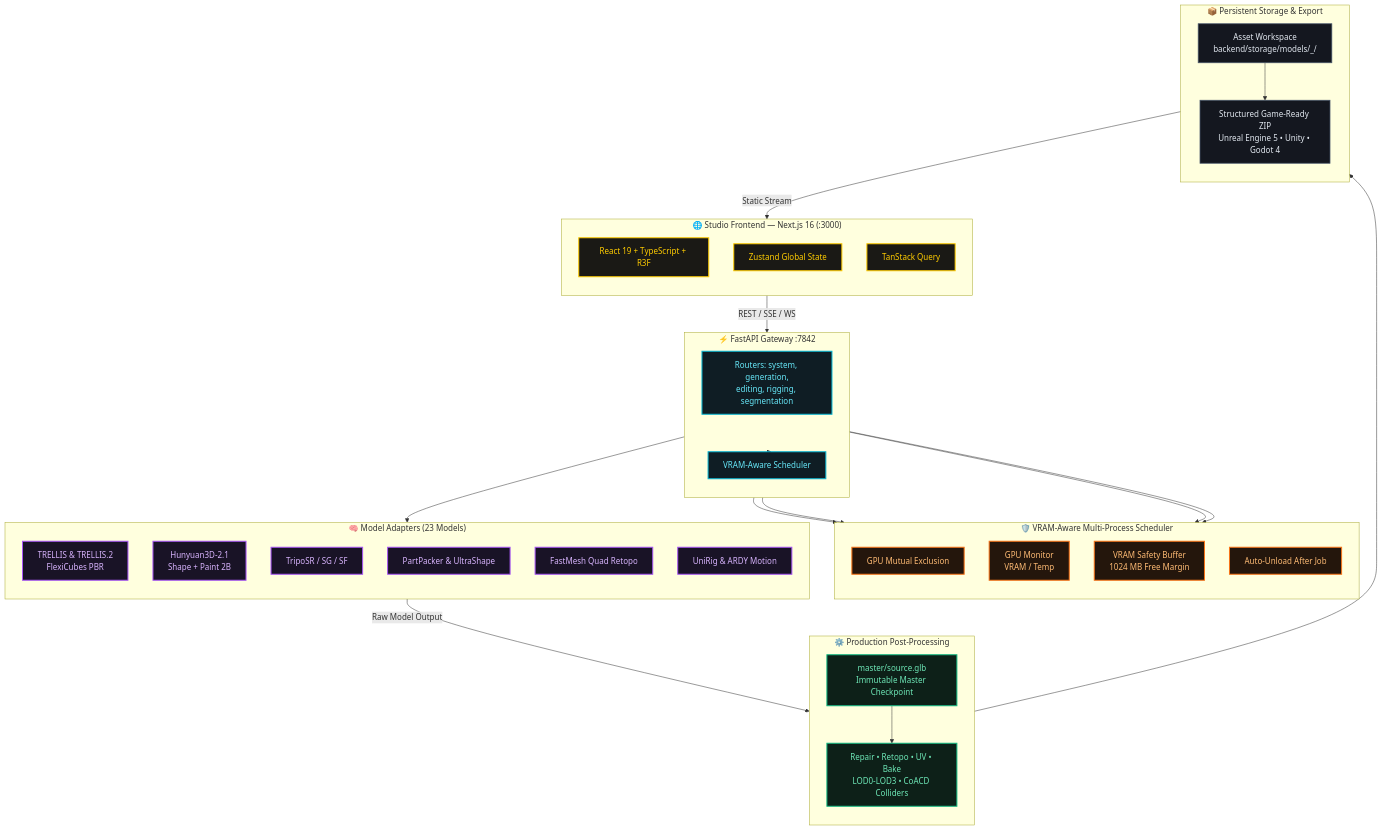
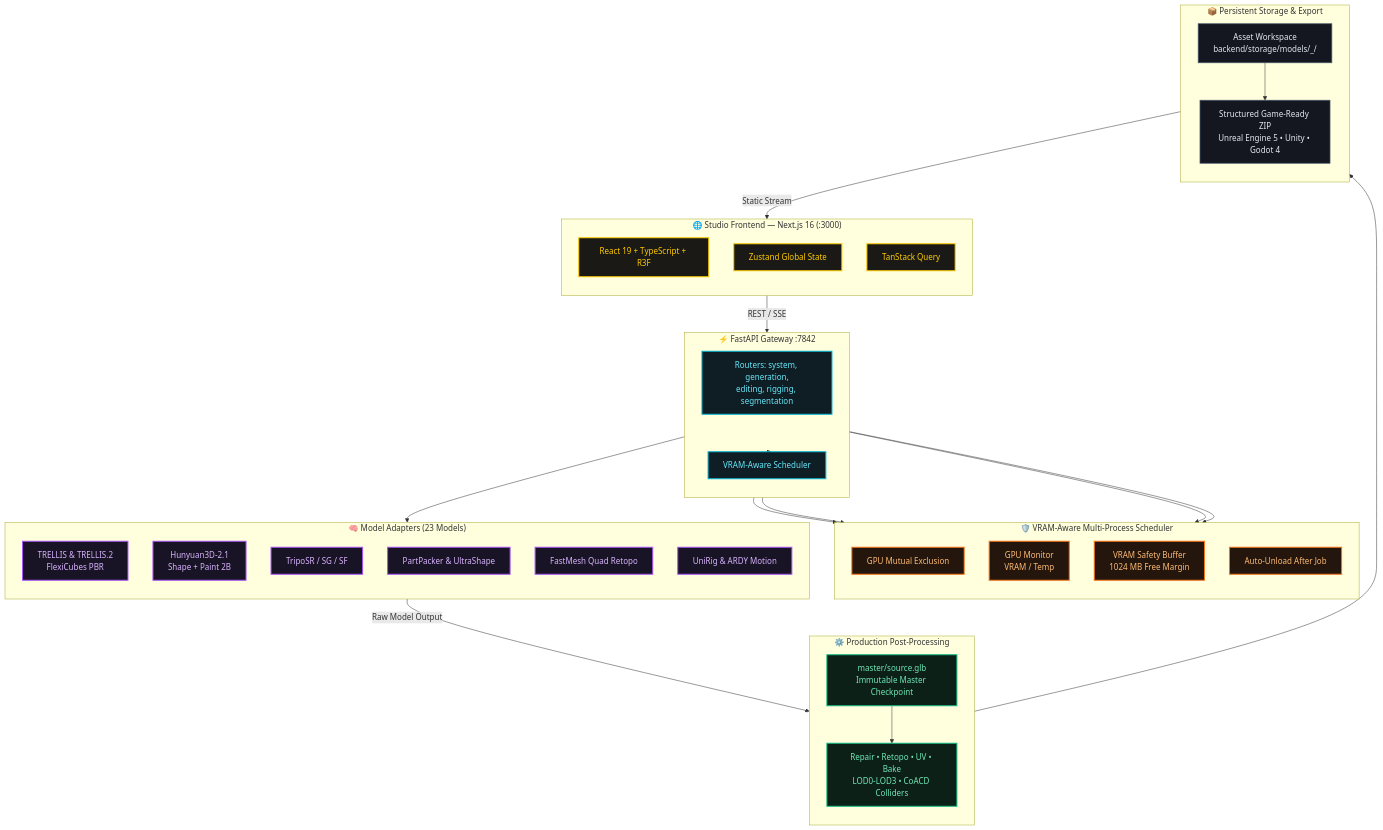
Before and after one commit to Silentzx2/ForMash3D: the first of 3 diagrams in Docs/SYSTEM-BLUEPRINT.md, drawn with Mermaid. The commit also changed other lines of this file and 9 other files, not shown here.

Commit message:
docs: fix remaining Mermaid rendering issue

````diff
--- a/Docs/SYSTEM-BLUEPRINT.md
+++ b/Docs/SYSTEM-BLUEPRINT.md
@@ -31,65 +31,65 @@
 ```mermaid
 graph TD
     classDef gold fill:#1a1915,stroke:#ffcc00,stroke-width:2px,color:#ffcc00;
     classDef cyan fill:#0f1d24,stroke:#06b6d4,stroke-width:2px,color:#67e8f9;
     classDef purple fill:#191326,stroke:#a855f7,stroke-width:2px,color:#d8b4fe;
     classDef green fill:#0d2018,stroke:#10b981,stroke-width:2px,color:#6ee7b7;
     classDef orange fill:#24160c,stroke:#f97316,stroke-width:2px,color:#fdba74;
     classDef slate fill:#14171f,stroke:#475569,stroke-width:1.5px,color:#e2e8f0;
 
     subgraph Client["🌐 Studio Frontend — Next.js 16 (:3000)"]
         direction TB
         UI["React 19 + TypeScript + R3F"]:::gold
         STATE["Zustand Global State"]:::gold
         QUERY["TanStack Query"]:::gold
     end
 
     subgraph Gateway["⚡ FastAPI Gateway :7842"]
         direction TB
         API["Routers: system, generation,<br/>editing, rigging, segmentation"]:::cyan
         SCHED["VRAM-Aware Scheduler"]:::cyan
     end
 
     subgraph S["🛡️ VRAM-Aware Multi-Process Scheduler"]
         direction TB
         GPU_LOCK["GPU Mutual Exclusion"]:::orange
         MONITOR["GPU Monitor<br/>VRAM / Temp"]:::orange
         SAFETY["VRAM Safety Buffer<br/>1024 MB Free Margin"]:::orange
         AUTO_UNLOAD["Auto-Unload After Job"]:::orange
     end
 
     subgraph Adapters["🧠 Model Adapters (23 Models)"]
         direction TB
         TRELLIS["TRELLIS & TRELLIS.2<br/>FlexiCubes PBR"]:::purple
         HUNY["Hunyuan3D-2.1<br/>Shape + Paint 2B"]:::purple
         TRIPO["TripoSR / SG / SF"]:::purple
         PP["PartPacker & UltraShape"]:::purple
         FM["FastMesh Quad Retopo"]:::purple
         UR["UniRig & ARDY Motion"]:::purple
     end
 
     subgraph PostProcess["⚙️ Production Post-Processing"]
         direction TB
         CHECK["master/source.glb<br/>Immutable Master Checkpoint"]:::green
         FINISH["Repair • Retopo • UV • Bake<br/>LOD0-LOD3 • CoACD Colliders"]:::green
     end
 
     subgraph Storage["📦 Persistent Storage & Export"]
         direction TB
         LOCAL["Asset Workspace<br/>backend/storage/models/<asset>_<hash>/"]:::slate
         ZIP["Structured Game-Ready ZIP<br/>Unreal Engine 5 • Unity • Godot 4"]:::slate
     end
 
-    Client -- "REST / SSE / WS" --> Gateway
+    Client -- "REST / SSE" --> Gateway
     Gateway --> SCHED
     SCHED --> GPU_LOCK
     SCHED --> MONITOR
     SCHED --> SAFETY
     SCHED --> AUTO_UNLOAD
     SCHED --> Adapters
     Adapters -->|Raw Model Output| CHECK
     CHECK --> FINISH
     FINISH --> LOCAL
     LOCAL --> ZIP
     LOCAL -- "Static Stream" --> Client
 ```
````
